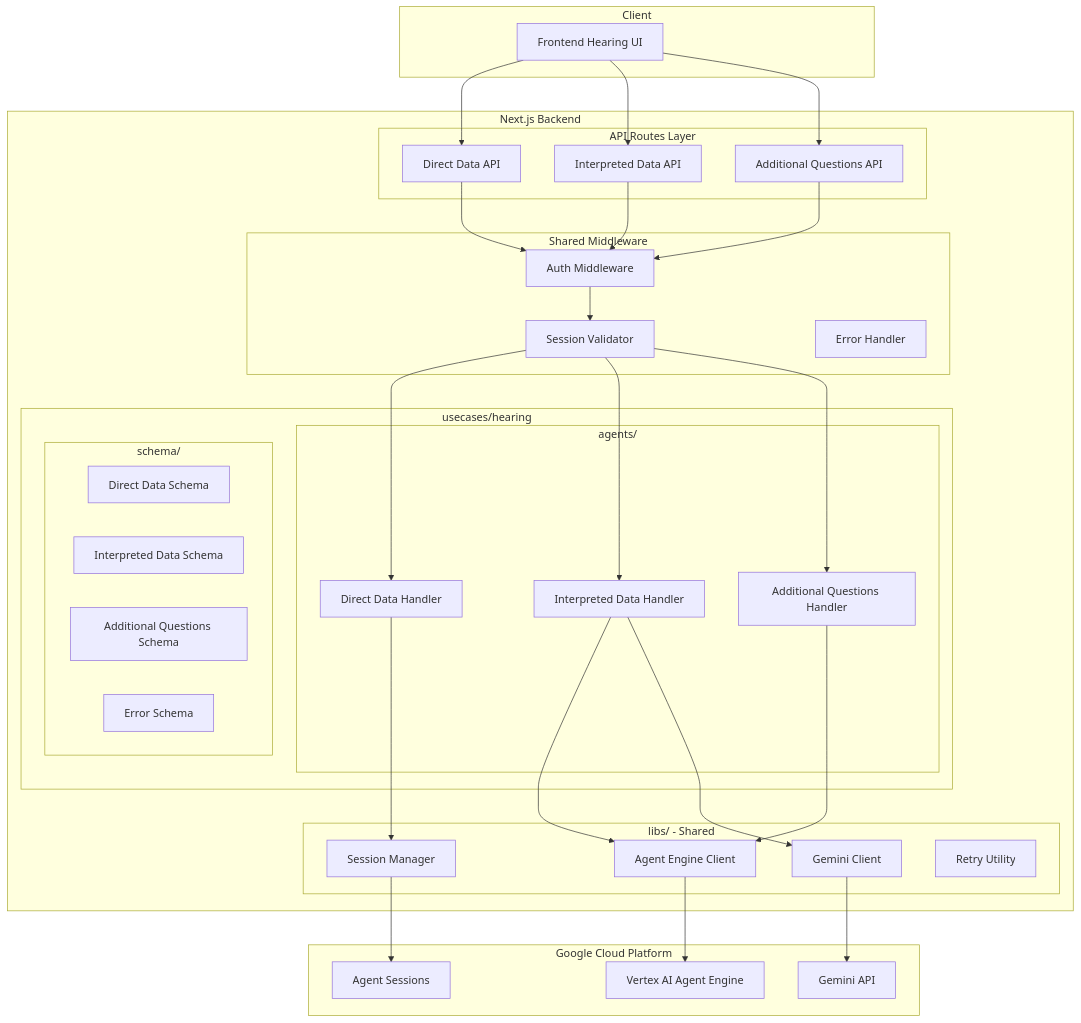
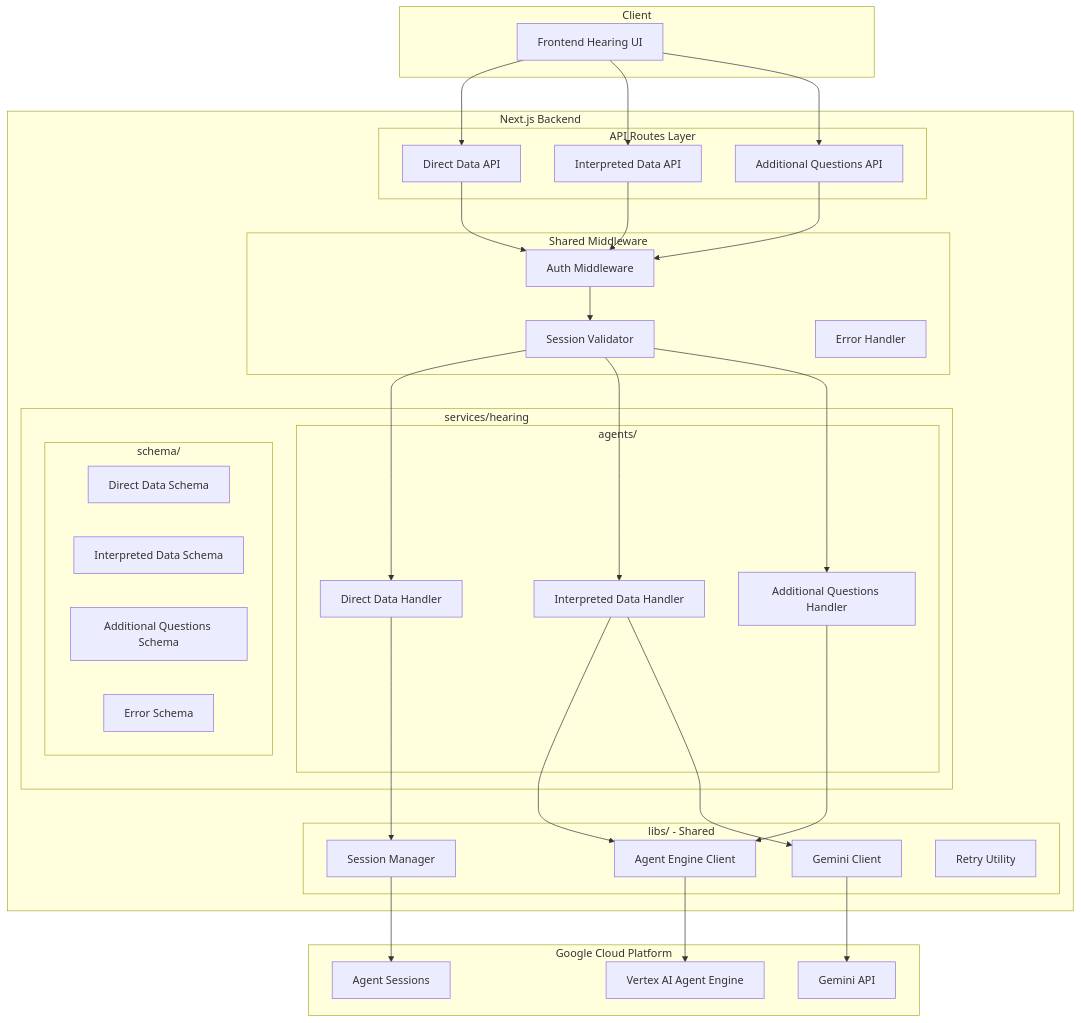
Before and after one commit to hidaken991018/Agentic-AI-Hackathon-Team-Brave: the first of 5 diagrams in .kiro/specs/hearing-api/design.md, drawn with Mermaid. The commit also changed other lines of this file, not shown here.

````diff
--- a/.kiro/specs/hearing-api/design.md
+++ b/.kiro/specs/hearing-api/design.md
@@ -47,70 +47,70 @@
 ```mermaid
 graph TB
     subgraph Client
         FE[Frontend Hearing UI]
     end
 
     subgraph NextJS[Next.js Backend]
         subgraph APIRoutes[API Routes Layer]
             DirectAPI[Direct Data API]
             InterpretedAPI[Interpreted Data API]
             AdditionalAPI[Additional Questions API]
         end
 
         subgraph Middleware[Shared Middleware]
             AuthMW[Auth Middleware]
             SessionMW[Session Validator]
             ErrorMW[Error Handler]
         end
 
-        subgraph Usecases[usecases/hearing]
+        subgraph Services[services/hearing]
             subgraph Agents[agents/]
                 DirectHandler[Direct Data Handler]
                 InterpretedHandler[Interpreted Data Handler]
                 AdditionalHandler[Additional Questions Handler]
             end
 
             subgraph Schema[schema/]
                 DirectSchema[Direct Data Schema]
                 InterpretedSchema[Interpreted Data Schema]
                 AdditionalSchema[Additional Questions Schema]
                 ErrorSchema[Error Schema]
             end
         end
 
         subgraph Libs[libs/ - Shared]
             SessionLib[Session Manager]
             AgentLib[Agent Engine Client]
             GeminiLib[Gemini Client]
             RetryLib[Retry Utility]
         end
     end
 
     subgraph GCP[Google Cloud Platform]
         AgentEngine[Vertex AI Agent Engine]
         Sessions[Agent Sessions]
         Gemini[Gemini API]
     end
 
     FE --> DirectAPI
     FE --> InterpretedAPI
     FE --> AdditionalAPI
 
     DirectAPI --> AuthMW
     InterpretedAPI --> AuthMW
     AdditionalAPI --> AuthMW
 
     AuthMW --> SessionMW
     SessionMW --> DirectHandler
     SessionMW --> InterpretedHandler
     SessionMW --> AdditionalHandler
 
     DirectHandler --> SessionLib
     InterpretedHandler --> AgentLib
     InterpretedHandler --> GeminiLib
     AdditionalHandler --> AgentLib
 
     SessionLib --> Sessions
     AgentLib --> AgentEngine
     GeminiLib --> Gemini
 ```
````
